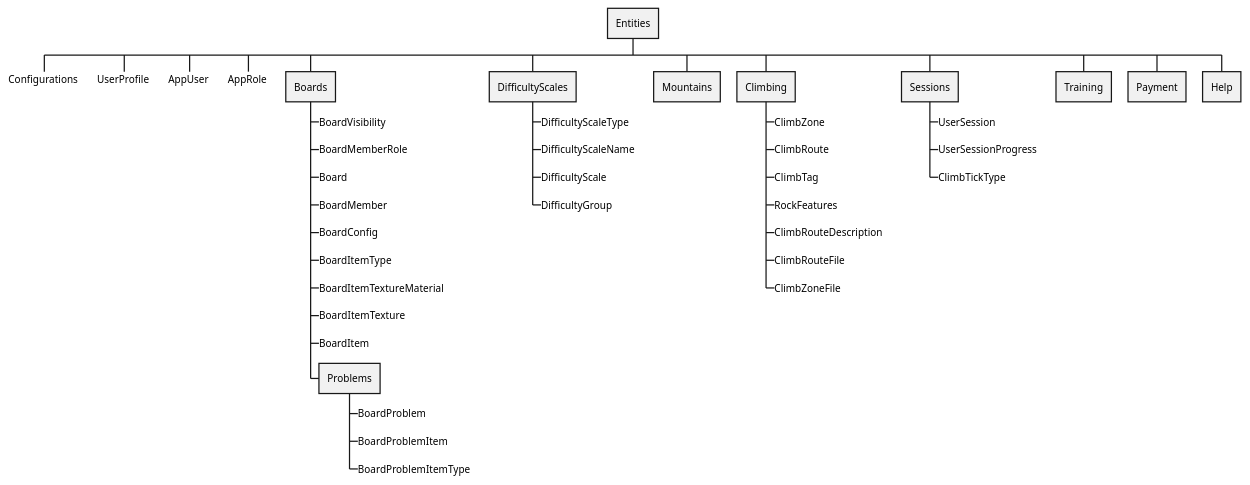
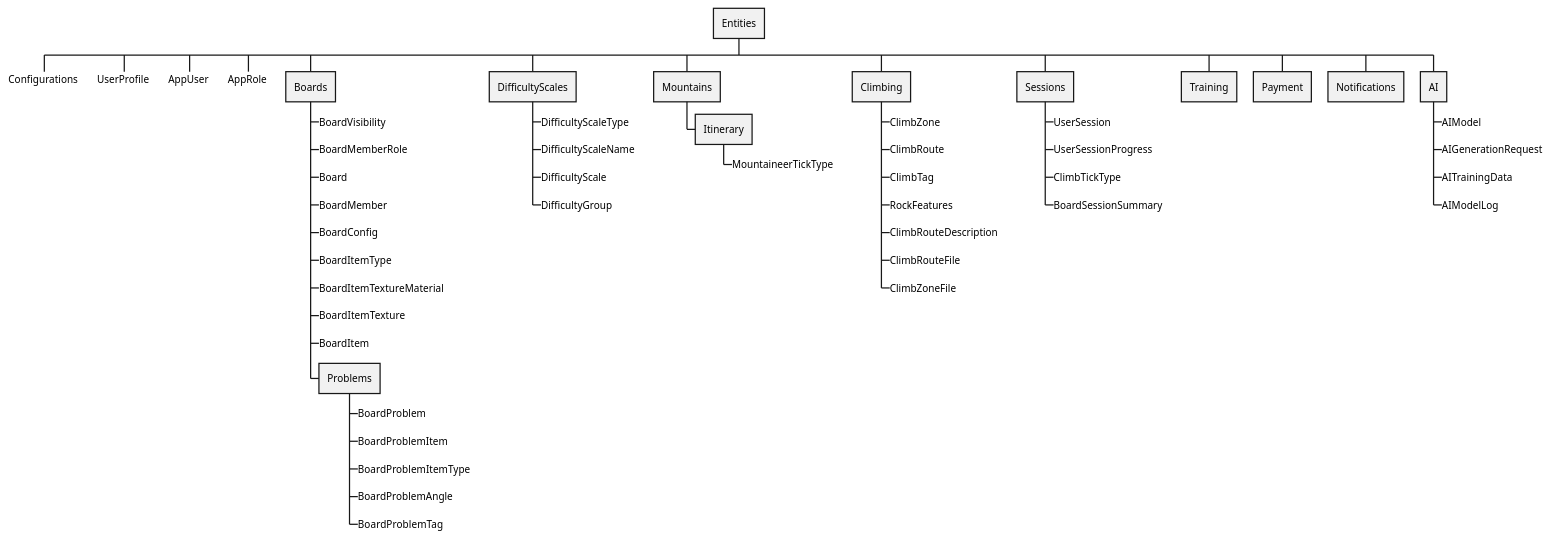
The diagram in Docs/Diagrams/Package.puml (julyoc/ClimbEdge), drawn with PlantUML before and after one commit.

Commit message:
complete package

```diff
--- a/Docs/Diagrams/Package.puml
+++ b/Docs/Diagrams/Package.puml
@@ -1,44 +1,54 @@
 @startwbs Packages Diagram
 
 * Entities
 **_> Configurations
 **_> UserProfile
 **_> AppUser
 **_> AppRole
 ** Boards
 ***_> BoardVisibility <<enum>>
 ***_> BoardMemberRole <<enum>>
 ***_> Board
 ***_> BoardMember
 ***_> BoardConfig
 ***_> BoardItemType
 ***_> BoardItemTextureMaterial
 ***_> BoardItemTexture
 ***_> BoardItem
 *** Problems
 ****_> BoardProblem
 ****_> BoardProblemItem
 ****_> BoardProblemItemType
+****_> BoardProblemAngle
+****_> BoardProblemTag
 ** DifficultyScales
 ***_> DifficultyScaleType
 ***_> DifficultyScaleName
 ***_> DifficultyScale
 ***_> DifficultyGroup
 ** Mountains
+*** Itinerary
+****_> MountaineerTickType <<enum>>
 ** Climbing
 ***_> ClimbZone
 ***_> ClimbRoute
 ***_> ClimbTag
 ***_> RockFeatures
 ***_> ClimbRouteDescription
 ***_> ClimbRouteFile
 ***_> ClimbZoneFile
 ** Sessions
 ***_> UserSession
 ***_> UserSessionProgress
 ***_> ClimbTickType <<enum>>
+***_> BoardSessionSummary
 ** Training
 ** Payment
-** Help
+** Notifications
+** AI
+***_> AIModel
+***_> AIGenerationRequest
+***_> AITrainingData
+***_> AIModelLog
 
 @endwbs
```
